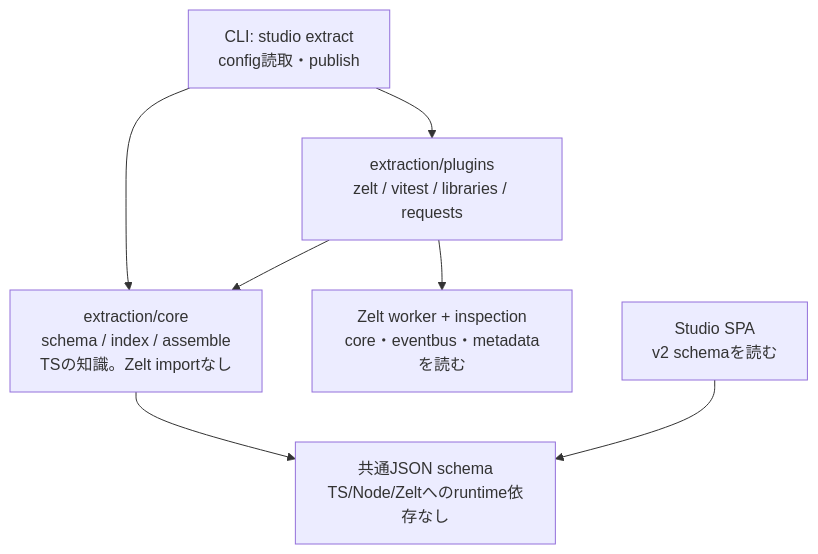
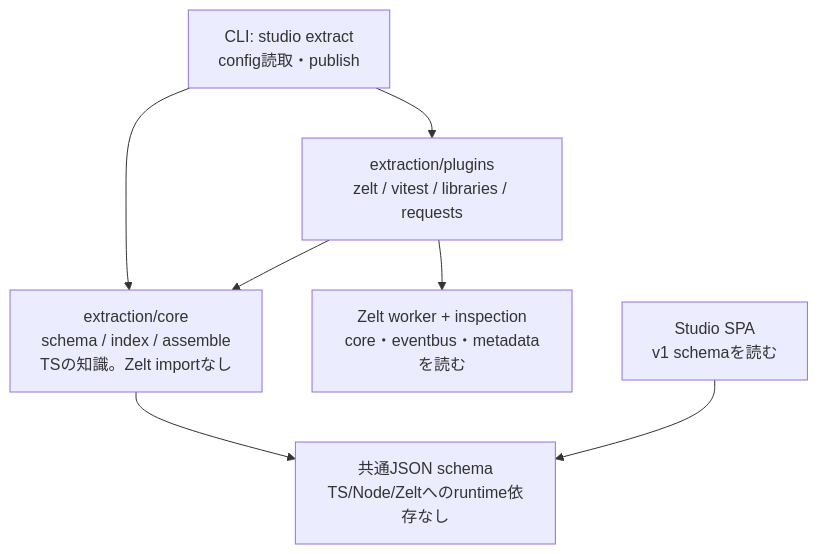
Before and after one commit to zeltjs/zelt: diagram 13 of 13 in mocks/studio-spatial/generic-extraction-design.md, drawn with Mermaid. The commit also changed other lines of this file, not shown here.

First line of the commit message:
[wip] restructure studio extraction design around policies

```diff
--- a/mocks/studio-spatial/generic-extraction-design.md
+++ b/mocks/studio-spatial/generic-extraction-design.md
@@ -817,9 +1112,9 @@
 ~~~mermaid
 flowchart TB
   CLI["CLI: studio extract<br/>config読取・publish"] --> CORE["extraction/core<br/>schema / index / assemble<br/>TSの知識。Zelt importなし"]
   CLI --> PLUGINS["extraction/plugins<br/>zelt / vitest / libraries / requests"]
   PLUGINS --> CORE
   PLUGINS --> BRIDGE["Zelt worker + inspection<br/>core・eventbus・metadataを読む"]
-  UI["Studio SPA<br/>v2 schemaを読む"] --> SCHEMA["共通JSON schema<br/>TS/Node/Zeltへのruntime依存なし"]
+  UI["Studio SPA<br/>v1 schemaを読む"] --> SCHEMA["共通JSON schema<br/>TS/Node/Zeltへのruntime依存なし"]
   CORE --> SCHEMA
 ~~~
```
